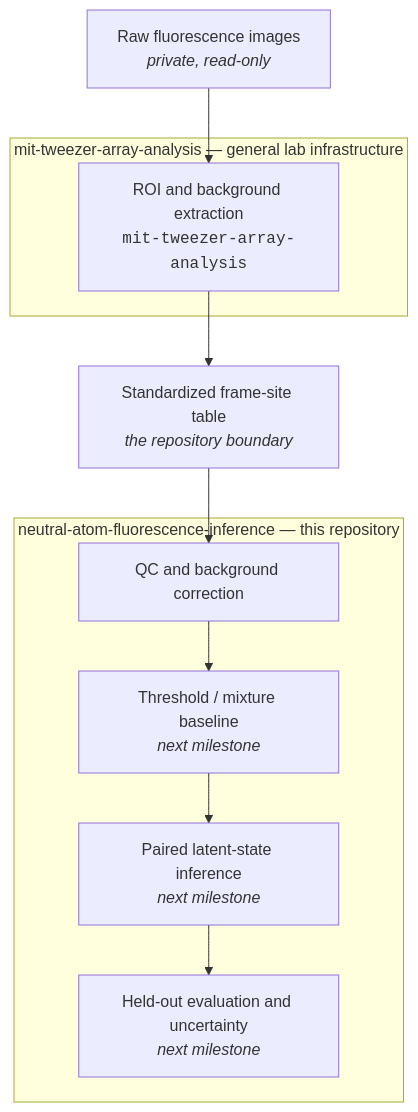
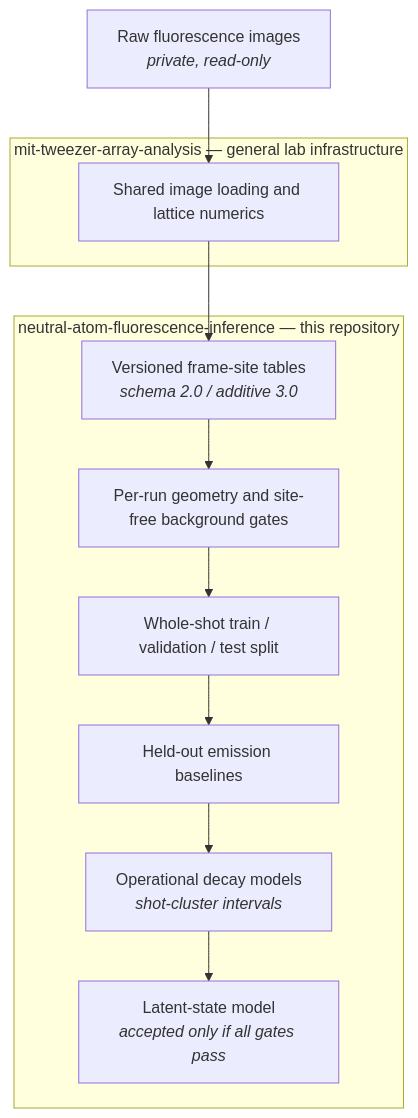
Before and after one commit to niu1298/neutral-atom-fluorescence-inference: the diagram in README.md, drawn with Mermaid. The commit also changed other lines of this file and 8 other files, not shown here.

````diff
--- a/README.md
+++ b/README.md
@@ -36,20 +54,23 @@
 ```mermaid
 flowchart TD
     A["Raw fluorescence images<br/><i>private, read-only</i>"] --> B
-    B["ROI and background extraction<br/><code>mit-tweezer-array-analysis</code>"] --> C
-    C["Standardized frame-site table<br/><i>the repository boundary</i>"] --> D
-    D["QC and background correction"] --> E
-    E["Threshold / mixture baseline<br/><i>next milestone</i>"] --> F
-    F["Paired latent-state inference<br/><i>next milestone</i>"] --> G
-    G["Held-out evaluation and uncertainty<br/><i>next milestone</i>"]
+    B["Shared image loading and lattice numerics"] --> C
+    C["Versioned frame-site tables<br/><i>schema 2.0 / additive 3.0</i>"] --> D
+    D["Per-run geometry and site-free background gates"] --> E
+    E["Whole-shot train / validation / test split"] --> F
+    F["Held-out emission baselines"] --> G
+    G["Operational decay models<br/><i>shot-cluster intervals</i>"] --> H
+    H["Latent-state model<br/><i>accepted only if all gates pass</i>"]
 
     subgraph lab ["mit-tweezer-array-analysis — general lab infrastructure"]
         B
     end
     subgraph here ["neutral-atom-fluorescence-inference — this repository"]
+        C
         D
         E
         F
         G
+        H
     end
 ```
````
